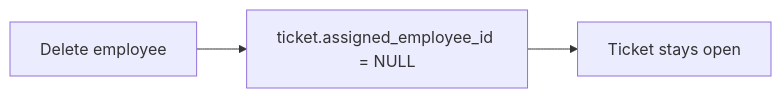
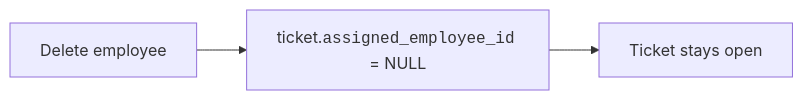
Before and after one commit to dataslope/dataslope: the sixth of 8 diagrams in content/learn/database-design-postgresql/referential-integrity.mdx, drawn with Mermaid. The commit also changed other lines of this file and 153 other files, not shown here.

First line of the commit message:
Render code-only mermaid shapes in monospace; convert step sequences to Steps

````diff
--- a/content/learn/database-design-postgresql/referential-integrity.mdx
+++ b/content/learn/database-design-postgresql/referential-integrity.mdx
@@ -124,5 +124,5 @@
 ```mermaid
 flowchart LR
-    E["Delete employee"] --> T["ticket.assigned_employee_id = NULL"]
+    E["Delete employee"] --> T["ticket.<code>assigned_employee_id</code> = NULL"]
     T --> K["Ticket stays open"]
 ```
````
